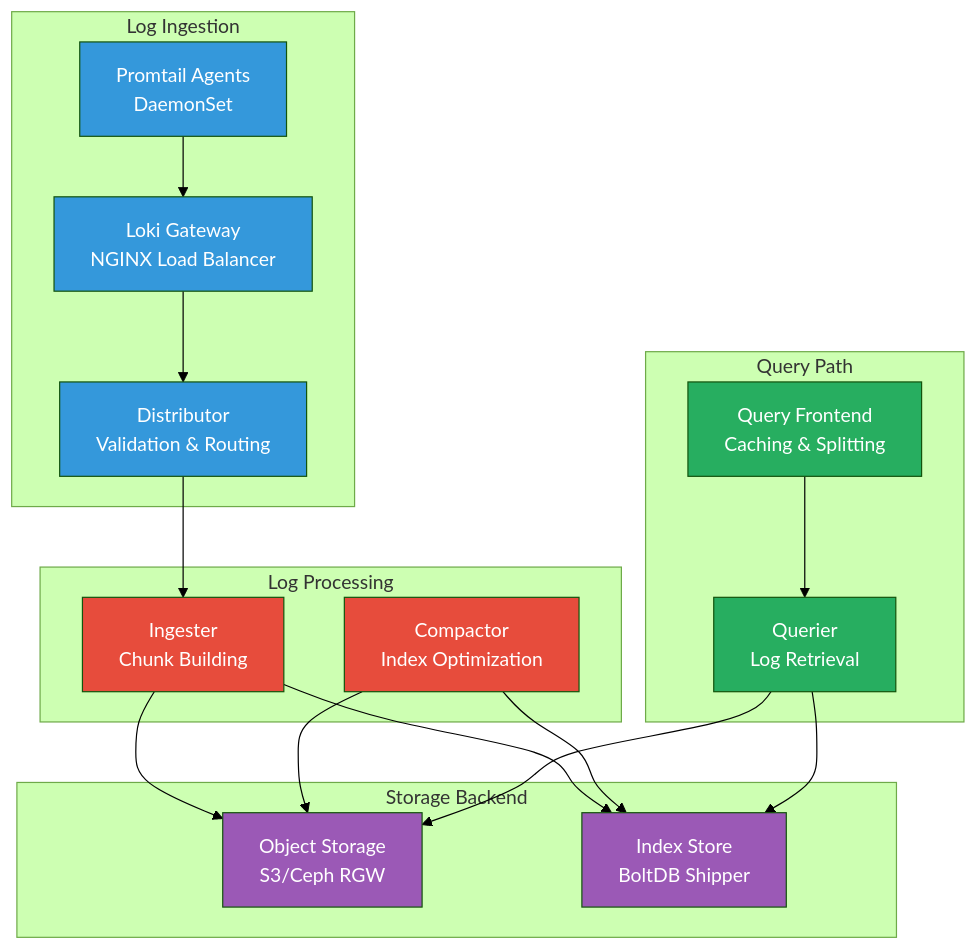
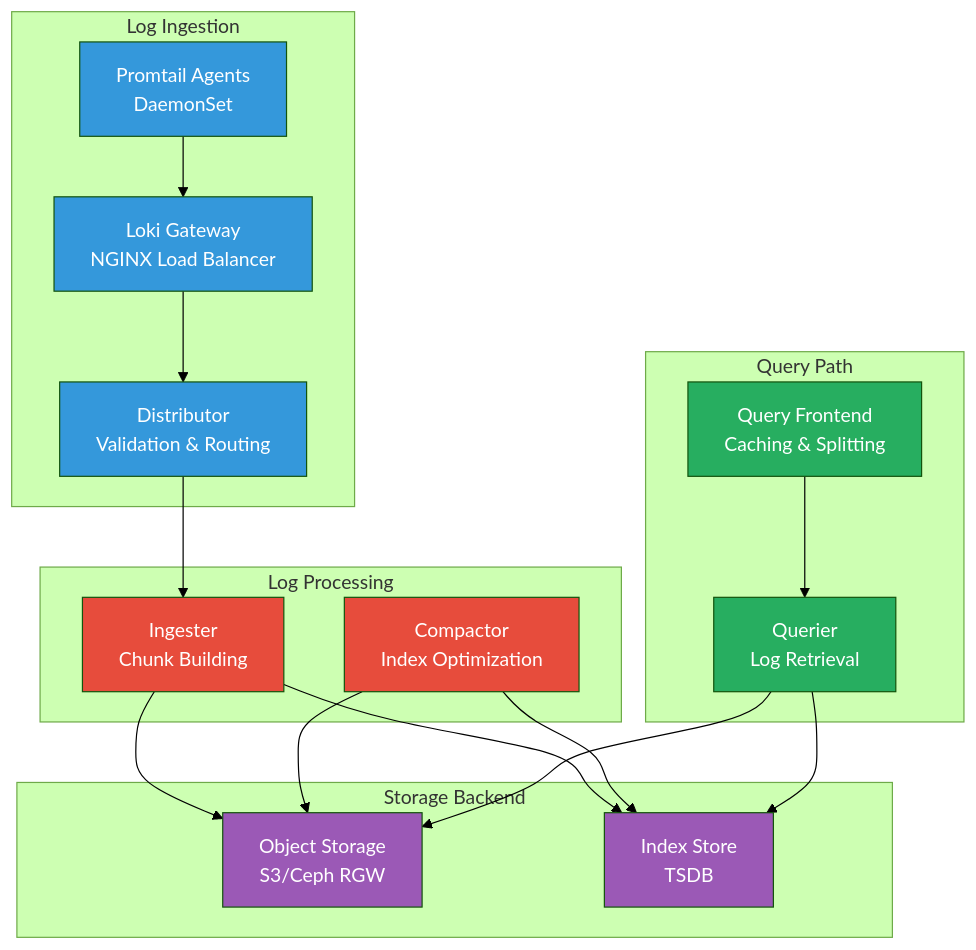
One commit to wcygan/anton changed the diagram in docs/docs/infrastructure/logging/loki.md. Above: the diagram before and after it, drawn with Mermaid (forest theme). The commit also changed other lines of this file and 8 other files, not shown here.

````diff
--- a/docs/docs/infrastructure/logging/loki.md
+++ b/docs/docs/infrastructure/logging/loki.md
@@ -11,46 +11,46 @@
 ```mermaid
 flowchart TD
     subgraph ingestion[Log Ingestion]
         promtail[Promtail Agents<br/>DaemonSet]
         gateway[Loki Gateway<br/>NGINX Load Balancer]
         distributor[Distributor<br/>Validation & Routing]
     end
     
     subgraph processing[Log Processing]
         ingester[Ingester<br/>Chunk Building]
         compactor[Compactor<br/>Index Optimization]
     end
     
     subgraph storage[Storage Backend]
         chunks[Object Storage<br/>S3/Ceph RGW]
-        index[Index Store<br/>BoltDB Shipper]
+        index[Index Store<br/>TSDB]
     end
     
     subgraph querying[Query Path]
         querier[Querier<br/>Log Retrieval]
         frontend[Query Frontend<br/>Caching & Splitting]
     end
     
     promtail --> gateway
     gateway --> distributor
     distributor --> ingester
     ingester --> chunks
     ingester --> index
     
     compactor --> chunks
     compactor --> index
     
     querier --> chunks
     querier --> index
     frontend --> querier
     
     classDef ingest fill:#3498db,color:white
     classDef process fill:#e74c3c,color:white
     classDef store fill:#9b59b6,color:white
     classDef query fill:#27ae60,color:white
     
     class promtail,gateway,distributor ingest
     class ingester,compactor process
     class chunks,index store
     class querier,frontend query
 ```
````
